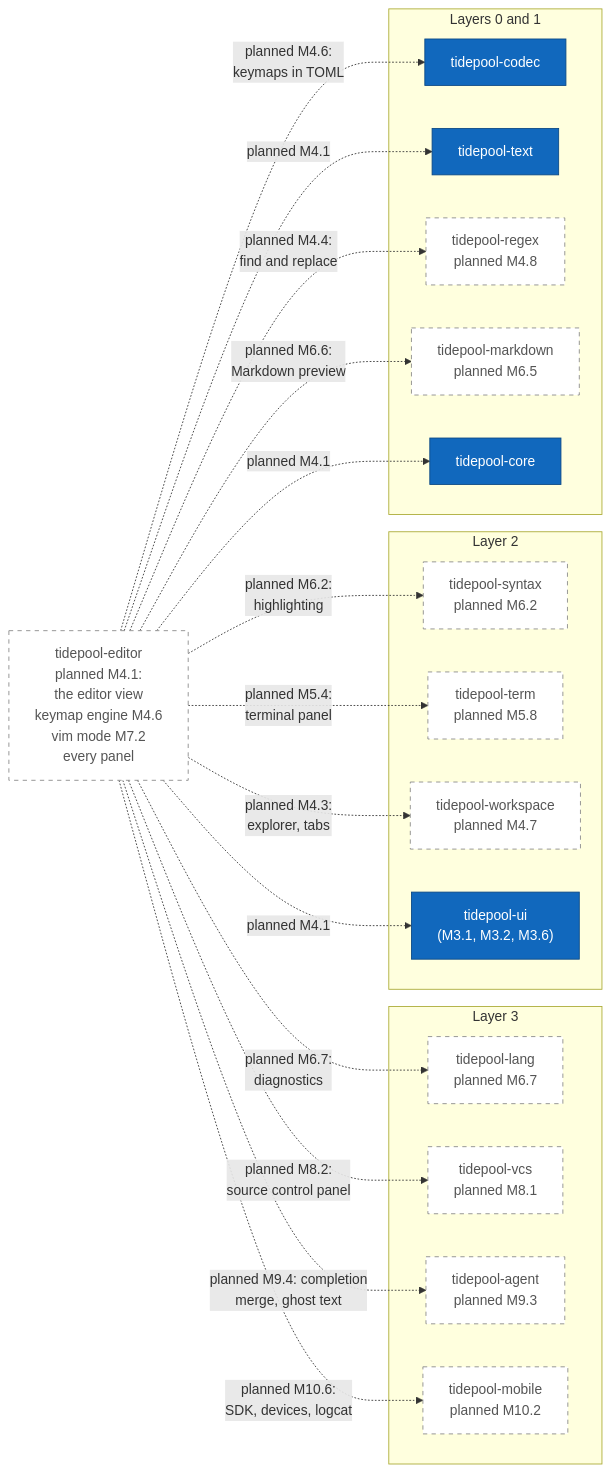
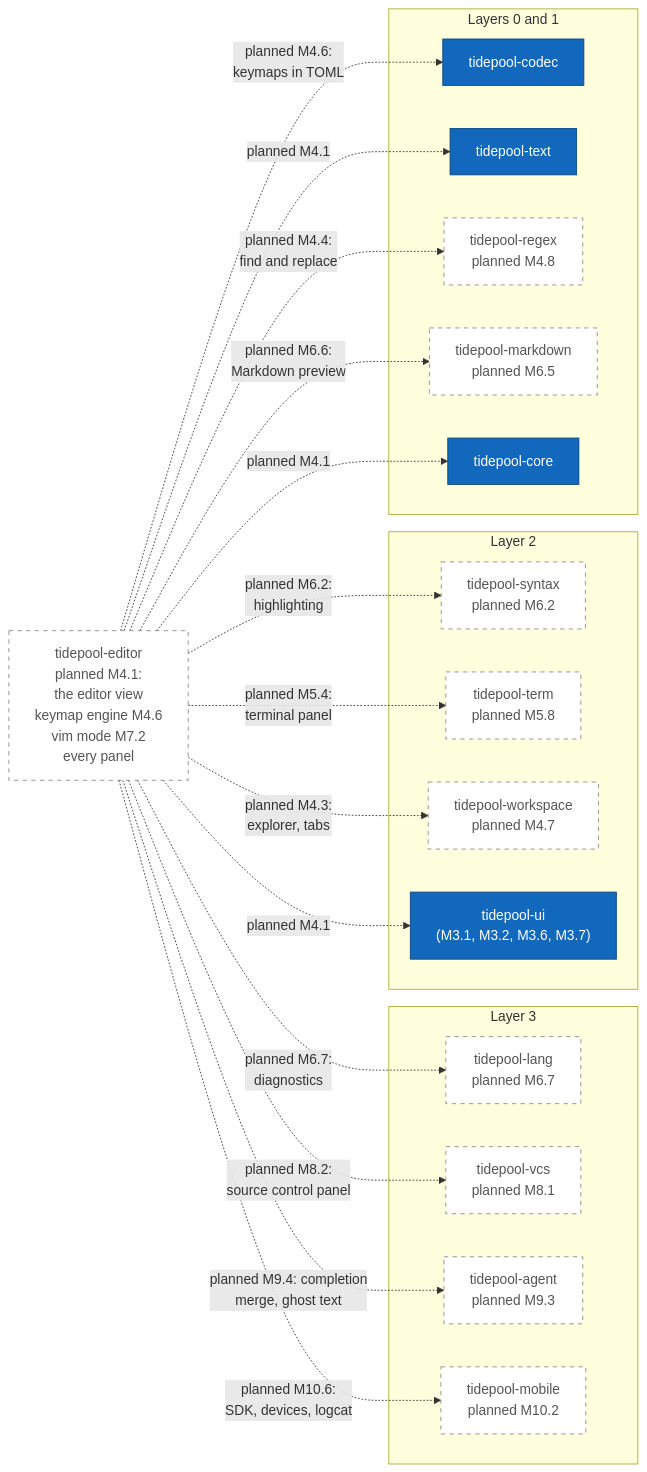
Before and after one commit to jabbott-iii/Tidepool: the ninth of 17 diagrams in diagrams/c4-architecture.md, drawn with Mermaid. The commit also changed other lines of this file and 55 other files, not shown here.

````diff
--- a/diagrams/c4-architecture.md
+++ b/diagrams/c4-architecture.md
@@ -480,43 +482,43 @@
 ```mermaid
 flowchart LR
     k_editor["tidepool-editor<br/>planned M4.1:<br/>the editor view<br/>keymap engine M4.6<br/>vim mode M7.2<br/>every panel"]
 
     subgraph L3["Layer 3"]
         k_lang["tidepool-lang<br/>planned M6.7"]
         k_vcs["tidepool-vcs<br/>planned M8.1"]
         k_agent["tidepool-agent<br/>planned M9.3"]
         k_mobile["tidepool-mobile<br/>planned M10.2"]
     end
     subgraph L2["Layer 2"]
         k_syntax["tidepool-syntax<br/>planned M6.2"]
         k_term["tidepool-term<br/>planned M5.8"]
         k_workspace["tidepool-workspace<br/>planned M4.7"]
-        k_ui["tidepool-ui<br/>(M3.1, M3.2, M3.6)"]
+        k_ui["tidepool-ui<br/>(M3.1, M3.2, M3.6, M3.7)"]
     end
     subgraph L01["Layers 0 and 1"]
         k_codec["tidepool-codec"]
         k_text["tidepool-text"]
         k_regex["tidepool-regex<br/>planned M4.8"]
         k_markdown["tidepool-markdown<br/>planned M6.5"]
         k_core["tidepool-core"]
     end
 
     k_editor -.->|"planned M4.1"| k_core
     k_editor -.->|"planned M4.1"| k_text
     k_editor -.->|"planned M4.1"| k_ui
     k_editor -.->|"planned M4.6:<br/>keymaps in TOML"| k_codec
     k_editor -.->|"planned M4.3:<br/>explorer, tabs"| k_workspace
     k_editor -.->|"planned M4.4:<br/>find and replace"| k_regex
     k_editor -.->|"planned M5.4:<br/>terminal panel"| k_term
     k_editor -.->|"planned M6.2:<br/>highlighting"| k_syntax
     k_editor -.->|"planned M6.7:<br/>diagnostics"| k_lang
     k_editor -.->|"planned M6.6:<br/>Markdown preview"| k_markdown
     k_editor -.->|"planned M8.2:<br/>source control panel"| k_vcs
     k_editor -.->|"planned M9.4: completion<br/>merge, ghost text"| k_agent
     k_editor -.->|"planned M10.6:<br/>SDK, devices, logcat"| k_mobile
 
     classDef built fill:#1168bd,stroke:#0b4884,color:#ffffff
     classDef planned fill:#ffffff,stroke:#888888,stroke-dasharray: 5 5,color:#555555
     class k_codec,k_text,k_core,k_ui built
     class k_editor,k_lang,k_vcs,k_agent,k_mobile,k_syntax,k_term,k_workspace,k_regex,k_markdown planned
 ```
````
